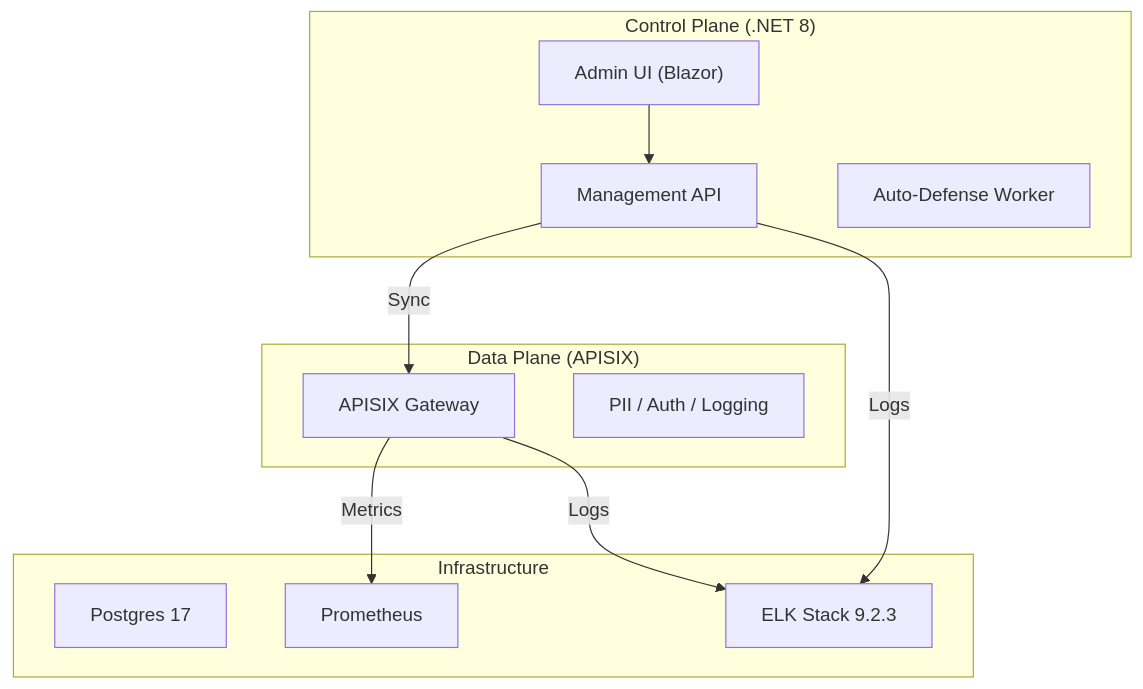
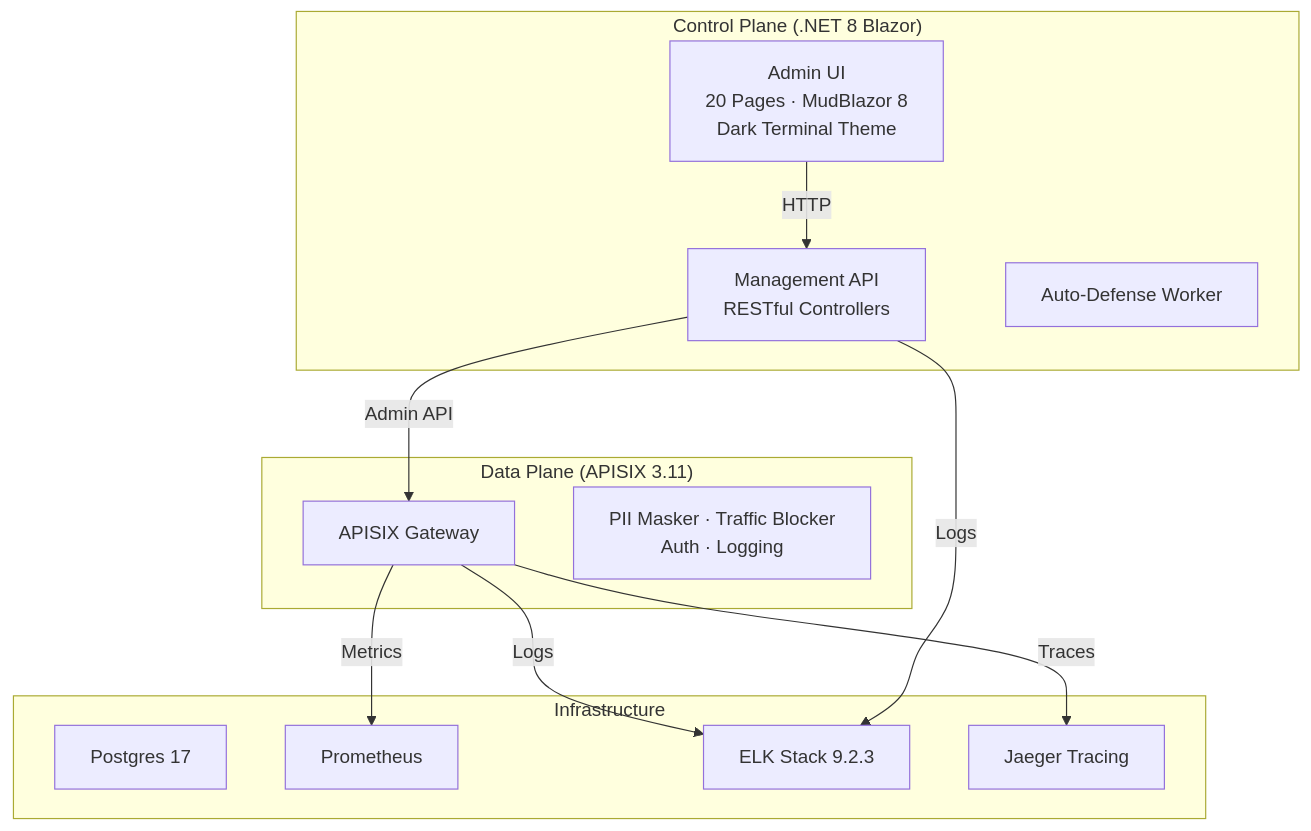
One commit to tedtv1007-ctrl/milk-api-manager-system changed the diagram in README.md. Above: the diagram before and after it, drawn with Mermaid. The commit also changed other lines of this file and 38 other files, not shown here.

````diff
--- a/README.md
+++ b/README.md
@@ -34,24 +61,26 @@
 ```mermaid
 flowchart TB
-    subgraph "Control Plane (.NET 8)"
-        UI["Admin UI (Blazor)"]
-        API["Management API"]
+    subgraph "Control Plane (.NET 8 Blazor)"
+        UI["Admin UI<br/>20 Pages · MudBlazor 8<br/>Dark Terminal Theme"]
+        API["Management API<br/>RESTful Controllers"]
         Worker["Auto-Defense Worker"]
     end
 
-    subgraph "Data Plane (APISIX)"
+    subgraph "Data Plane (APISIX 3.11)"
         GW["APISIX Gateway"]
-        Plugin["PII / Auth / Logging"]
+        Plugin["PII Masker · Traffic Blocker<br/>Auth · Logging"]
     end
 
     subgraph "Infrastructure"
         DB[Postgres 17]
         PROM[Prometheus]
         ELK[ELK Stack 9.2.3]
+        JAEGER[Jaeger Tracing]
     end
 
-    UI --> API
-    API -->|Sync| GW
+    UI -->|HTTP| API
+    API -->|Admin API| GW
     GW -->|Metrics| PROM
     GW & API -->|Logs| ELK
+    GW -->|Traces| JAEGER
 ```
````
